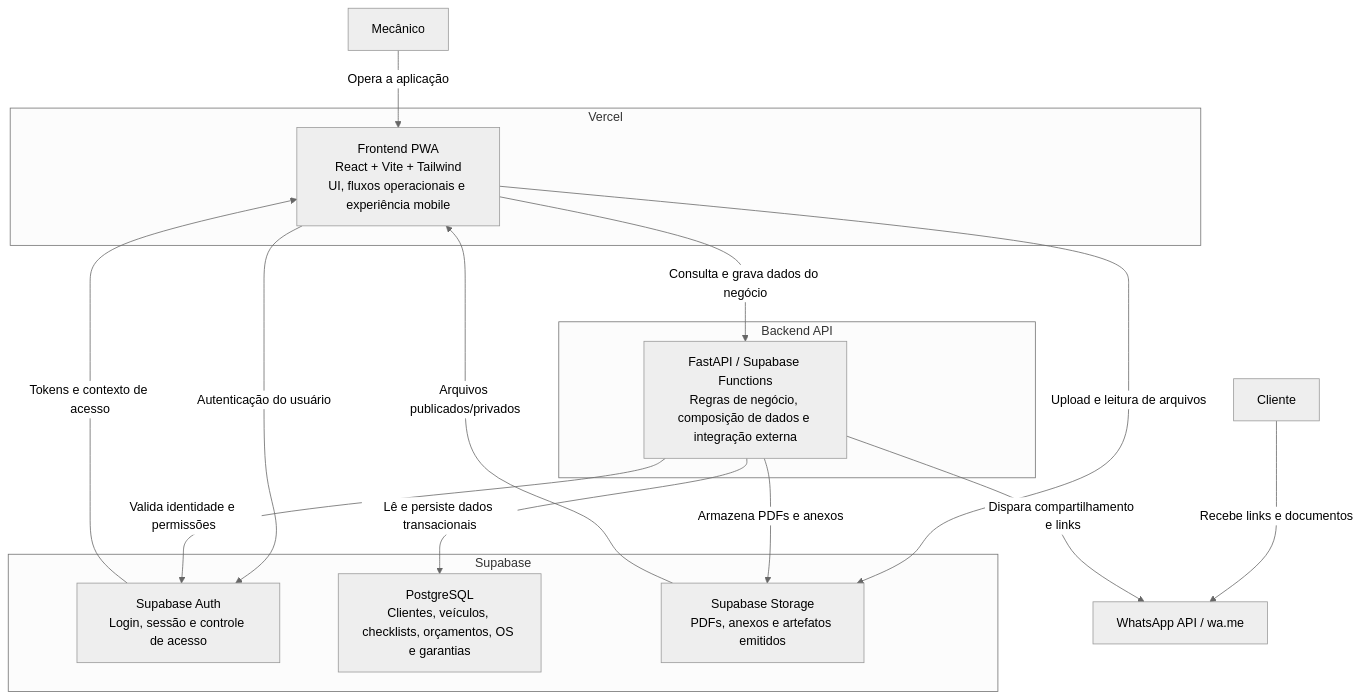
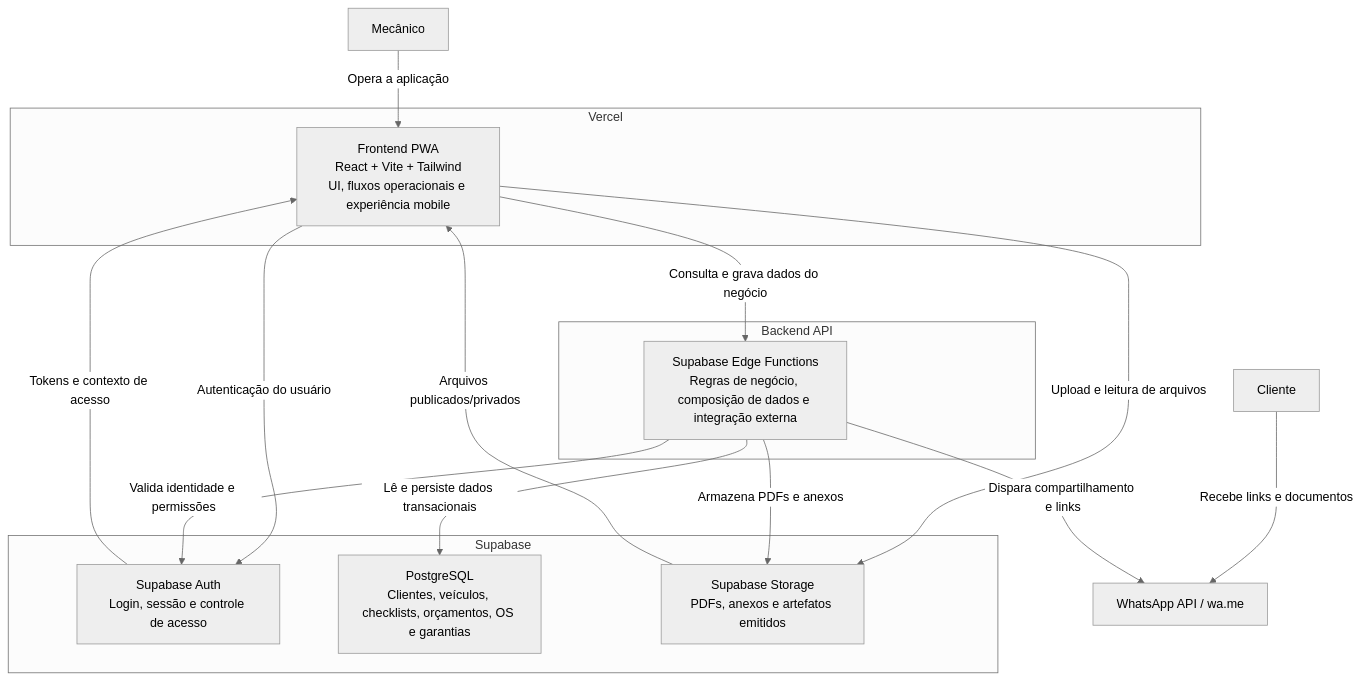
Before and after one commit to GilJSantana/matukaj: the second of 3 diagrams in docs/architecture/c4-model.md, drawn with Mermaid (neutral theme). The commit also changed 27 other files, not shown here.

````diff
--- a/docs/architecture/c4-model.md
+++ b/docs/architecture/c4-model.md
@@ -31,36 +31,36 @@
 ```mermaid
 flowchart TB
     mecanico["Mecânico"]
     cliente["Cliente"]
 
     subgraph vercel["Vercel"]
         pwa["Frontend PWA<br/>React + Vite + Tailwind<br/>UI, fluxos operacionais e experiência mobile"]
     end
 
     subgraph backend_api["Backend API"]
-        api["FastAPI / Supabase Functions<br/>Regras de negócio, composição de dados e integração externa"]
+        api["Supabase Edge Functions<br/>Regras de negócio, composição de dados e integração externa"]
     end
 
     subgraph supabase["Supabase"]
         auth["Supabase Auth<br/>Login, sessão e controle de acesso"]
         postgres["PostgreSQL<br/>Clientes, veículos, checklists, orçamentos, OS e garantias"]
         storage["Supabase Storage<br/>PDFs, anexos e artefatos emitidos"]
     end
 
     whatsapp["WhatsApp API / wa.me"]
 
     mecanico -->|"Opera a aplicação"| pwa
     cliente -->|"Recebe links e documentos"| whatsapp
 
     pwa -->|"Autenticação do usuário"| auth
     pwa -->|"Consulta e grava dados do negócio"| api
     pwa -->|"Upload e leitura de arquivos"| storage
 
     api -->|"Valida identidade e permissões"| auth
     api -->|"Lê e persiste dados transacionais"| postgres
     api -->|"Armazena PDFs e anexos"| storage
     api -->|"Dispara compartilhamento e links"| whatsapp
 
     auth -->|"Tokens e contexto de acesso"| pwa
     storage -->|"Arquivos publicados/privados"| pwa
 ```
````
